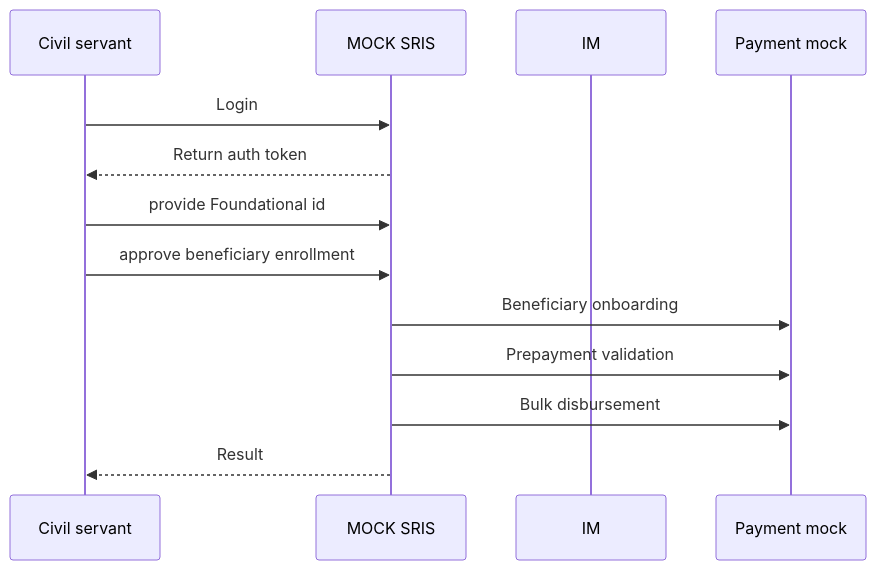
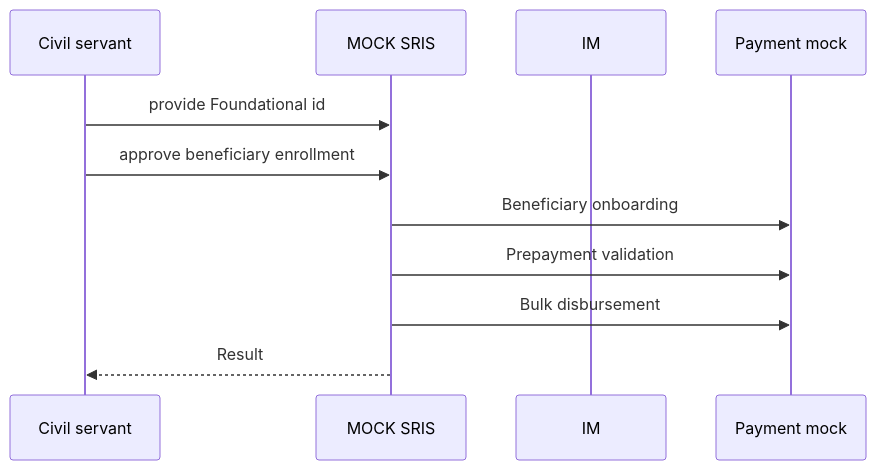
One commit to GovStackWorkingGroup/sandbox changed the diagram in docs/happy-flow/backend.md. Above: the diagram before and after it, drawn with Mermaid.

Commit message:
Authentication logic will be in next versions.

````diff
--- a/docs/happy-flow/backend.md
+++ b/docs/happy-flow/backend.md
@@ -6,13 +6,11 @@
 ```mermaid
 sequenceDiagram
 
-Civil servant ->> MOCK SRIS: Login
-MOCK SRIS -->> Civil servant: Return auth token
 Civil servant ->> MOCK SRIS: provide Foundational id
 Civil servant ->> MOCK SRIS: approve beneficiary enrollment
 participant im as IM
 MOCK SRIS ->> Payment mock: Beneficiary onboarding 
 MOCK SRIS ->> Payment mock: Prepayment validation 
 MOCK SRIS ->> Payment mock: Bulk disbursement
 MOCK SRIS -->> Civil servant: Result
 ```
````
